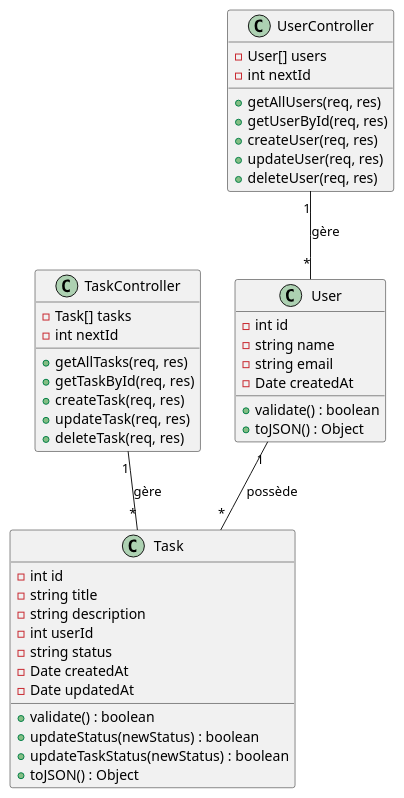
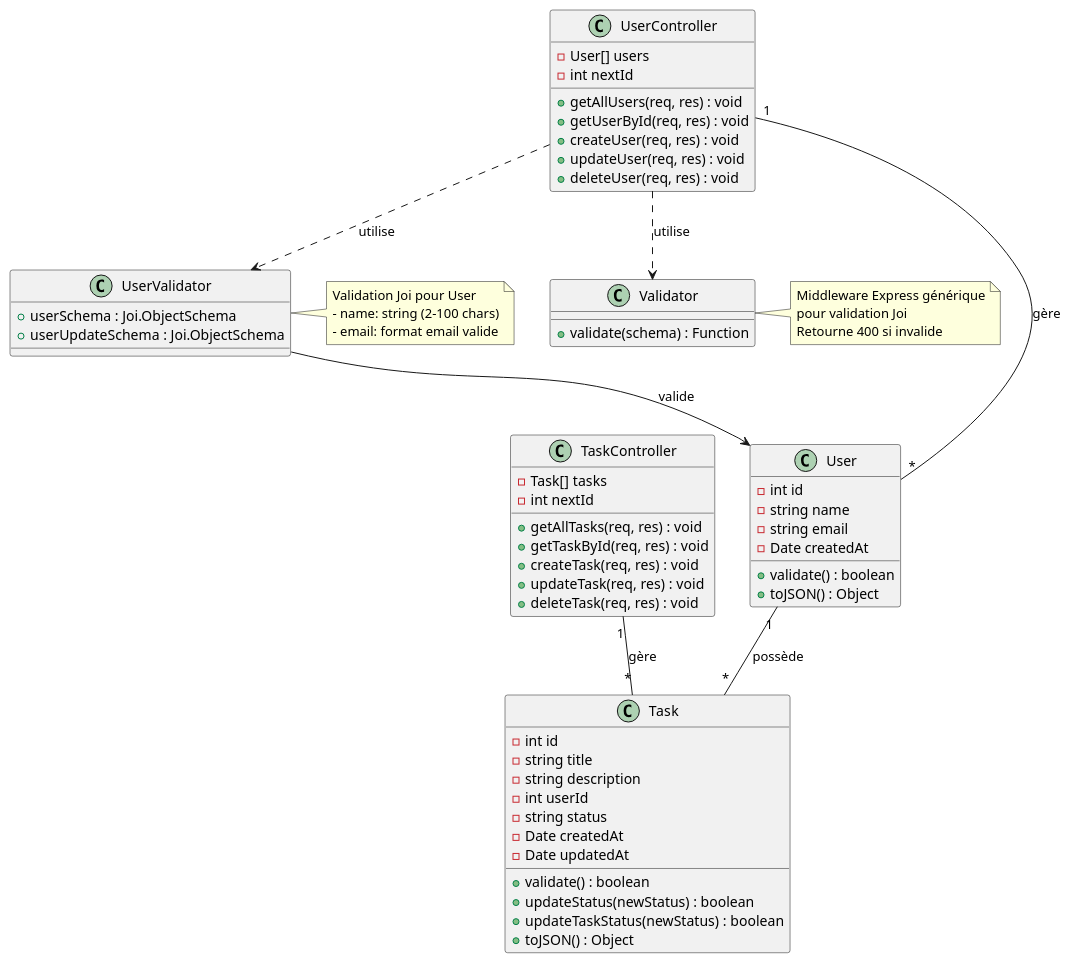
Before and after one commit to malek0501/DoneProject: the diagram in diagramme/classes.puml, drawn with PlantUML. The commit also changed 6 other files, not shown here.

First line of the commit message:
docs(DONE-1): Documentation complète endpoints CRUD et intégration userValidator

```diff
--- a/diagramme/classes.puml
+++ b/diagramme/classes.puml
@@ -1,48 +1,72 @@
 @startuml
 class User {
     -int id
     -string name
     -string email
     -Date createdAt
     +validate() : boolean
     +toJSON() : Object
 }
 
 class Task {
     -int id
     -string title
     -string description
     -int userId
     -string status
     -Date createdAt
     -Date updatedAt
     +validate() : boolean
     +updateStatus(newStatus) : boolean
     +updateTaskStatus(newStatus) : boolean
     +toJSON() : Object
 }
 
 class UserController {
     -User[] users
     -int nextId
-    +getAllUsers(req, res)
-    +getUserById(req, res)
-    +createUser(req, res)
-    +updateUser(req, res)
-    +deleteUser(req, res)
+    +getAllUsers(req, res) : void
+    +getUserById(req, res) : void
+    +createUser(req, res) : void
+    +updateUser(req, res) : void
+    +deleteUser(req, res) : void
 }
 
 class TaskController {
     -Task[] tasks
     -int nextId
-    +getAllTasks(req, res)
-    +getTaskById(req, res)
-    +createTask(req, res)
-    +updateTask(req, res)
-    +deleteTask(req, res)
+    +getAllTasks(req, res) : void
+    +getTaskById(req, res) : void
+    +createTask(req, res) : void
+    +updateTask(req, res) : void
+    +deleteTask(req, res) : void
 }
+
+class UserValidator {
+    +userSchema : Joi.ObjectSchema
+    +userUpdateSchema : Joi.ObjectSchema
+}
+
+class Validator {
+    +validate(schema) : Function
+}
+
+note right of UserValidator
+  Validation Joi pour User
+  - name: string (2-100 chars)
+  - email: format email valide
+end note
+
+note right of Validator
+  Middleware Express générique
+  pour validation Joi
+  Retourne 400 si invalide
+end note
 
 User "1" -- "*" Task : possède
 UserController "1" -- "*" User : gère
 TaskController "1" -- "*" Task : gère
+UserController ..> UserValidator : utilise
+UserController ..> Validator : utilise
+UserValidator --> User : valide
 @enduml
```
